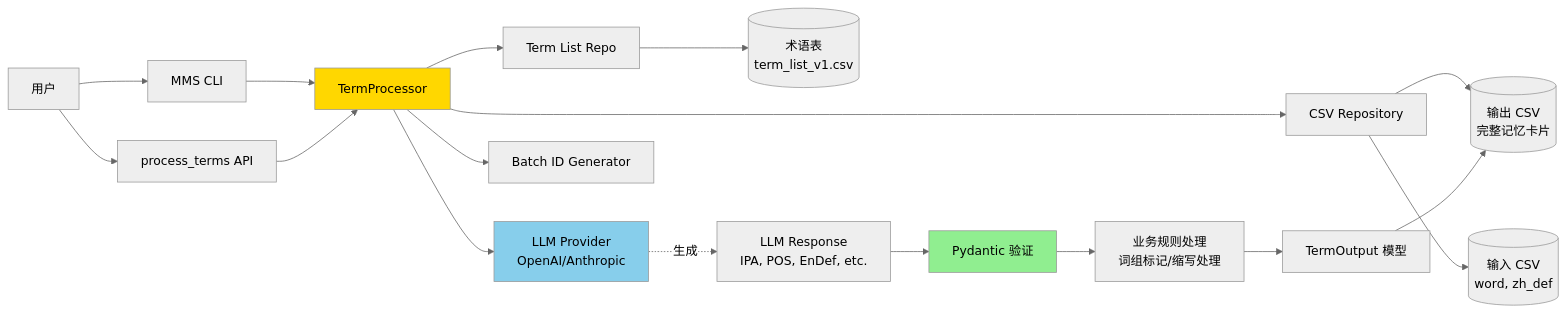
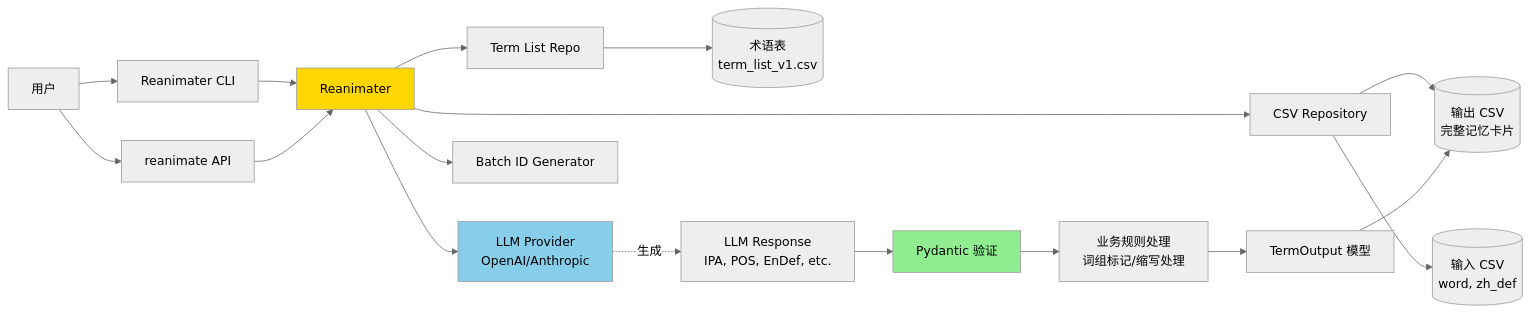
The second of 11 diagrams in ARCHITECTURE.md (C1M0N/Memosyne), drawn with Mermaid (neutral theme) before and after one commit. The commit also changed other lines of this file and 22 other files, not shown here.

First line of the commit message:
[v0.6.2] 系统性重命名：MMS→Reanimater & ExParser→Lithoformer

````diff
--- a/ARCHITECTURE.md
+++ b/ARCHITECTURE.md
@@ -116,30 +116,30 @@
 ```mermaid
 flowchart LR
-    User[用户] --> CLI[MMS CLI]
-    User --> API[process_terms API]
+    User[用户] --> CLI[Reanimater CLI]
+    User --> API[reanimate API]
 
-    CLI --> TermProcessor
-    API --> TermProcessor
+    CLI --> Reanimater
+    API --> Reanimater
 
-    TermProcessor --> LLM[LLM Provider<br/>OpenAI/Anthropic]
-    TermProcessor --> CSVRepo[CSV Repository]
-    TermProcessor --> TermList[Term List Repo]
-    TermProcessor --> BatchGen[Batch ID Generator]
+    Reanimater --> LLM[LLM Provider<br/>OpenAI/Anthropic]
+    Reanimater --> CSVRepo[CSV Repository]
+    Reanimater --> TermList[Term List Repo]
+    Reanimater --> BatchGen[Batch ID Generator]
 
     CSVRepo --> InputCSV[(输入 CSV<br/>word, zh_def)]
     CSVRepo --> OutputCSV[(输出 CSV<br/>完整记忆卡片)]
 
     TermList --> TermDB[(术语表<br/>term_list_v1.csv)]
 
     LLM -.生成.-> LLMResp[LLM Response<br/>IPA, POS, EnDef, etc.]
 
     LLMResp --> Validation[Pydantic 验证]
     Validation --> BusinessRules[业务规则处理<br/>词组标记/缩写处理]
     BusinessRules --> TermOutput[TermOutput 模型]
 
     TermOutput --> OutputCSV
 
-    style TermProcessor fill:#ffd700
+    style Reanimater fill:#ffd700
     style LLM fill:#87ceeb
     style Validation fill:#90ee90
 ```
````
